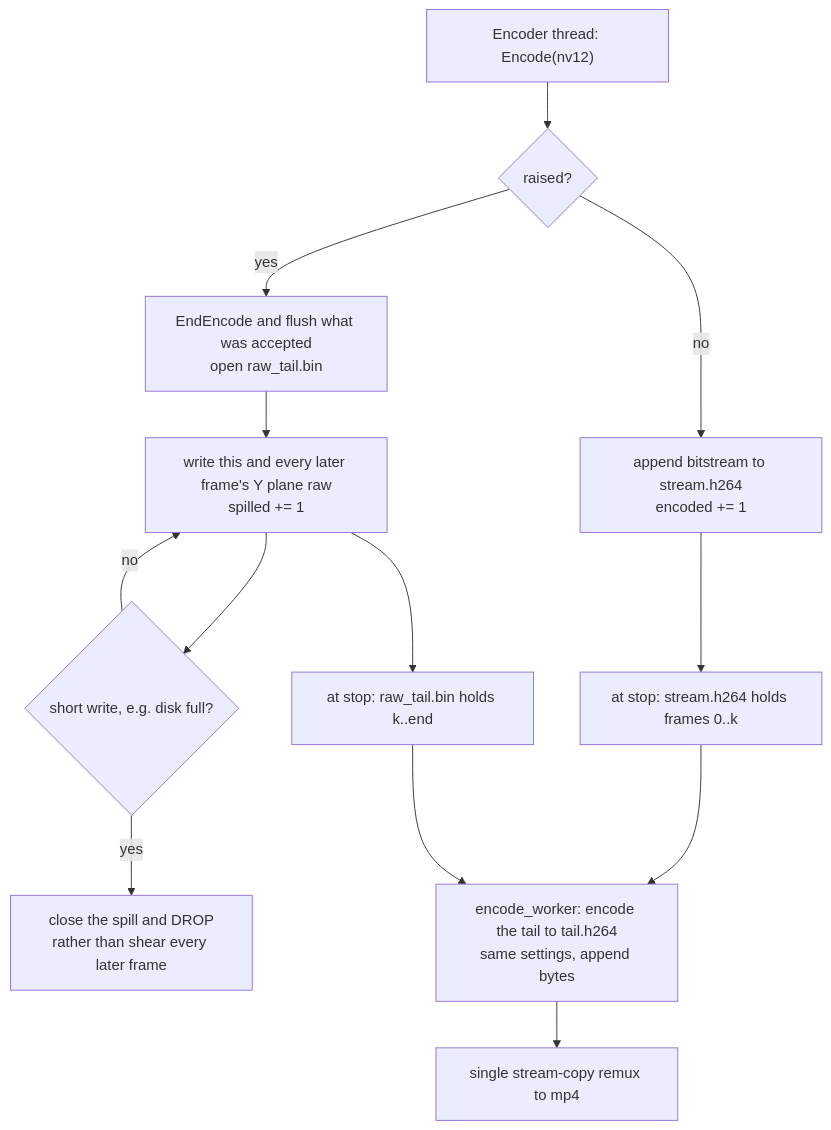
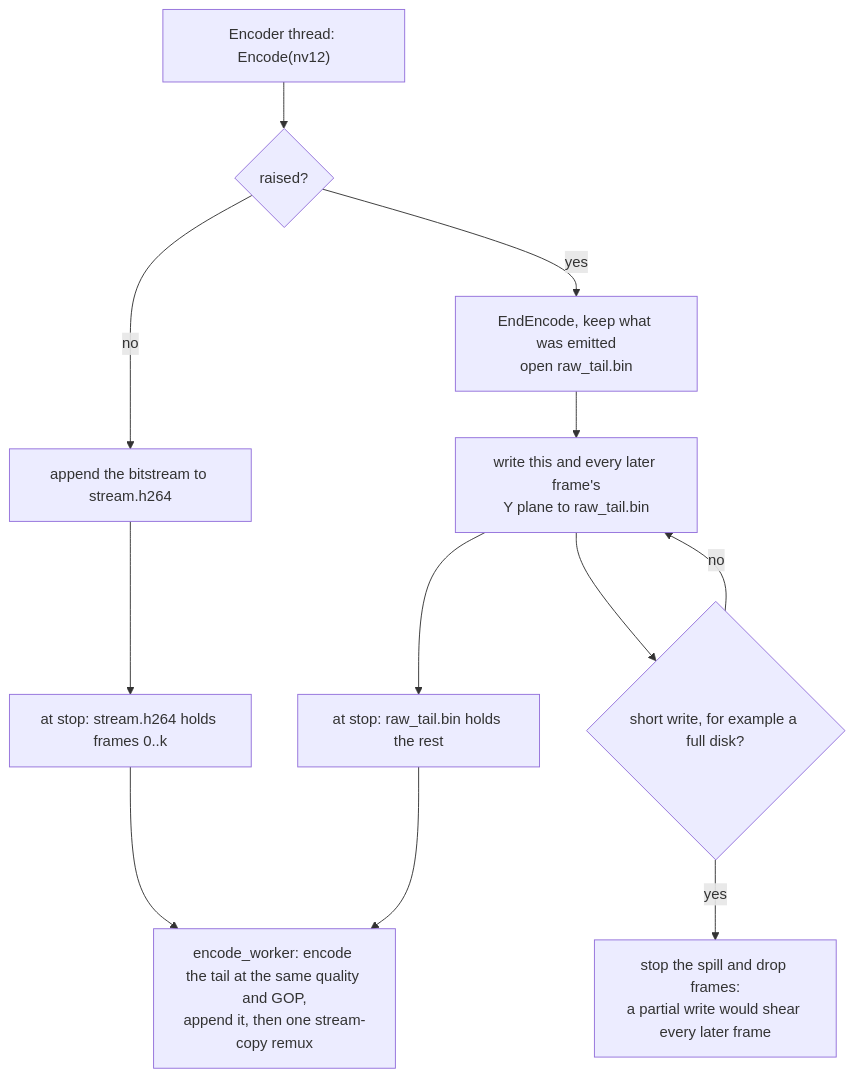
Before and after one commit to talmolab/panopticon: the fifth of 6 diagrams in docs/INTERNALS.md, drawn with Mermaid. The commit also changed other lines of this file, not shown here.

````diff
--- a/docs/INTERNALS.md
+++ b/docs/INTERNALS.md
@@ -1105,15 +1349,14 @@
 ```mermaid
 flowchart TD
   A["Encoder thread: Encode(nv12)"] --> B{"raised?"}
-  B -->|"no"| C["append bitstream to stream.h264<br>encoded += 1"]
-  B -->|"yes"| D["EndEncode and flush what was accepted<br>open raw_tail.bin"]
-  D --> E["write this and every later frame's Y plane raw<br>spilled += 1"]
-  E --> F{"short write, e.g. disk full?"}
-  F -->|"yes"| G["close the spill and DROP<br>rather than shear every later frame"]
+  B -->|"no"| C["append the bitstream to stream.h264"]
+  B -->|"yes"| D["EndEncode, keep what was emitted<br>open raw_tail.bin"]
+  D --> E["write this and every later frame's<br>Y plane to raw_tail.bin"]
+  E --> F{"short write, for example a full disk?"}
+  F -->|"yes"| G["stop the spill and drop frames:<br>a partial write would shear every later frame"]
   F -->|"no"| E
   C --> H["at stop: stream.h264 holds frames 0..k"]
-  E --> I["at stop: raw_tail.bin holds k..end"]
-  H --> J["encode_worker: encode the tail to tail.h264<br>same settings, append bytes"]
+  E --> I["at stop: raw_tail.bin holds the rest"]
+  H --> J["encode_worker: encode the tail at the same quality and GOP,<br>append it, then one stream-copy remux"]
   I --> J
-  J --> K["single stream-copy remux to mp4"]
 ```
````
